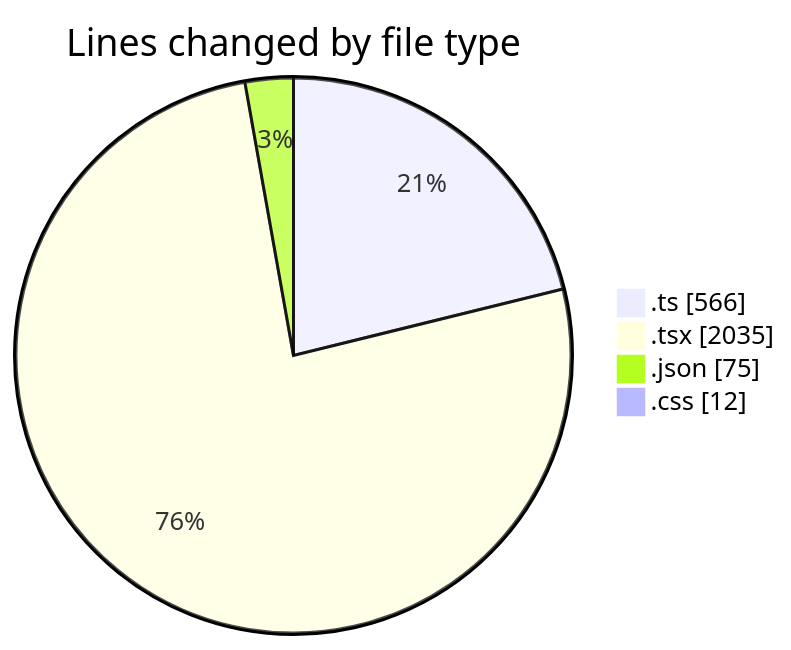
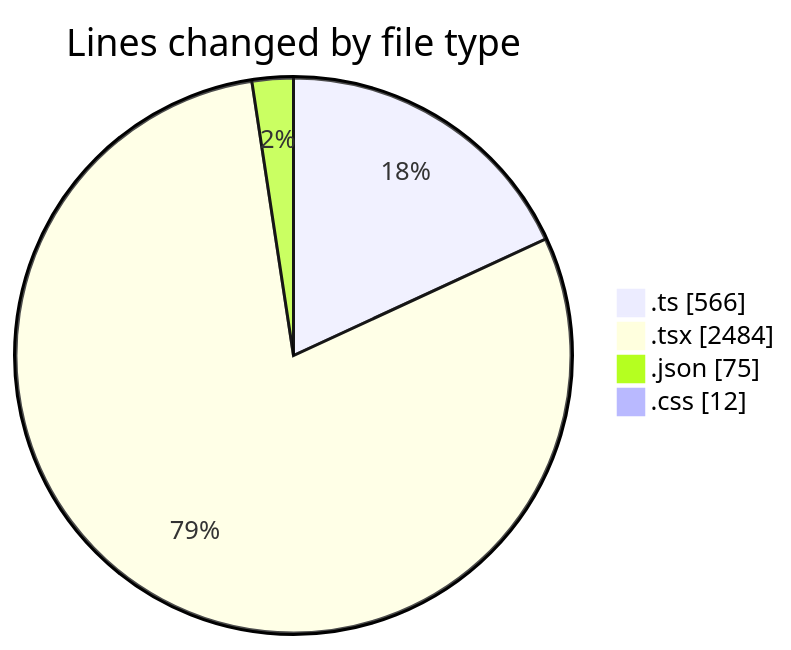
Before and after one commit to robertbonfada/code-tracking: the first of 2 diagrams in 2025-01-27/termonied-web/README.md, drawn with Mermaid. The commit also changed other lines of this file and 1 other file, not shown here.

````diff
--- a/2025-01-27/termonied-web/README.md
+++ b/2025-01-27/termonied-web/README.md
@@ -29,8 +31,8 @@
 ```mermaid
 pie showData
 title Lines changed by file type
 ".ts" : 566
-".tsx" : 2035
+".tsx" : 2484
 ".json" : 75
 ".css" : 12
 ```
````
